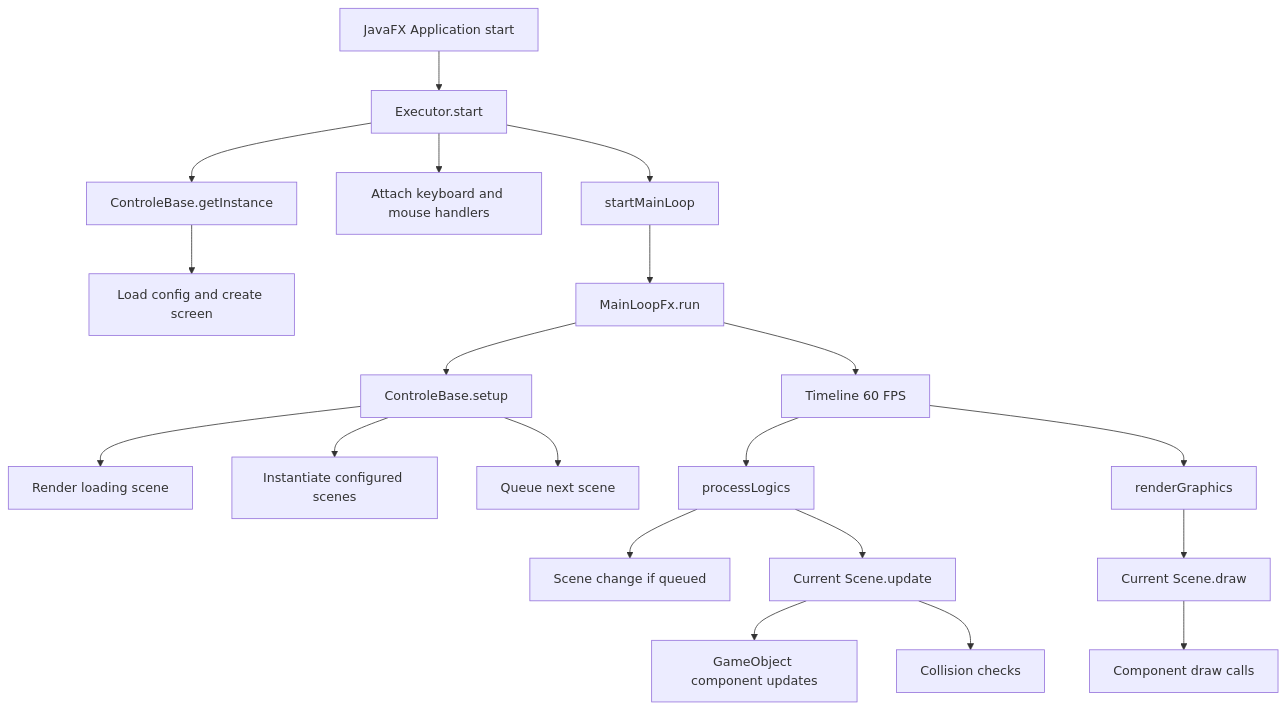
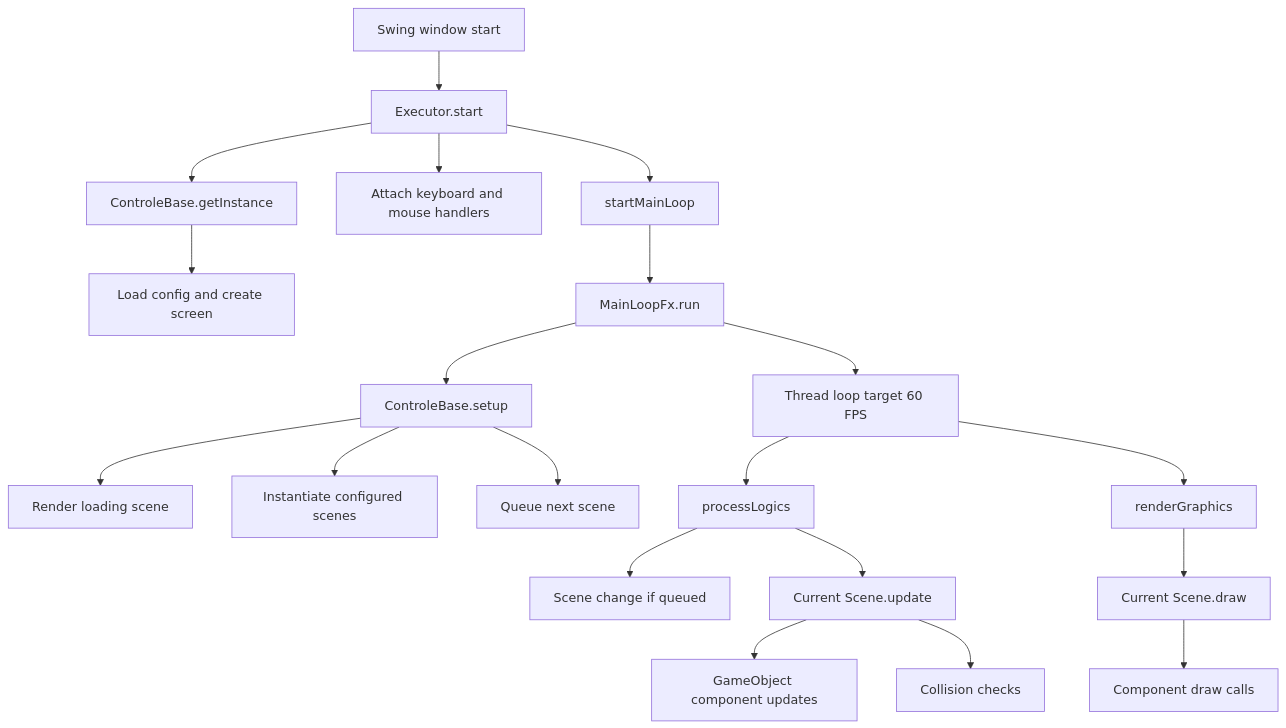
One commit to JunioDutra/enginefx changed the fifth of 6 diagrams in Project_Architecture_Blueprint.md. Above: the diagram before and after it, drawn with Mermaid. The commit also changed other lines of this file and 43 other files, not shown here.

First line of the commit message:
Refactor graphics and input handling; replace JavaFX with AWT/Swing

````diff
--- a/Project_Architecture_Blueprint.md
+++ b/Project_Architecture_Blueprint.md
@@ -843,22 +842,22 @@
 ```mermaid
 flowchart TD
-    A[JavaFX Application start] --> B[Executor.start]
+    A[Swing window start] --> B[Executor.start]
     B --> C[ControleBase.getInstance]
     C --> D[Load config and create screen]
     B --> E[Attach keyboard and mouse handlers]
     B --> F[startMainLoop]
     F --> G[MainLoopFx.run]
     G --> H[ControleBase.setup]
     H --> I[Render loading scene]
     H --> J[Instantiate configured scenes]
     H --> K[Queue next scene]
-    G --> L[Timeline 60 FPS]
+    G --> L[Thread loop target 60 FPS]
     L --> M[processLogics]
     M --> N[Scene change if queued]
     M --> O[Current Scene.update]
     O --> P[GameObject component updates]
     O --> Q[Collision checks]
     L --> R[renderGraphics]
     R --> S[Current Scene.draw]
     S --> T[Component draw calls]
 ```
````
